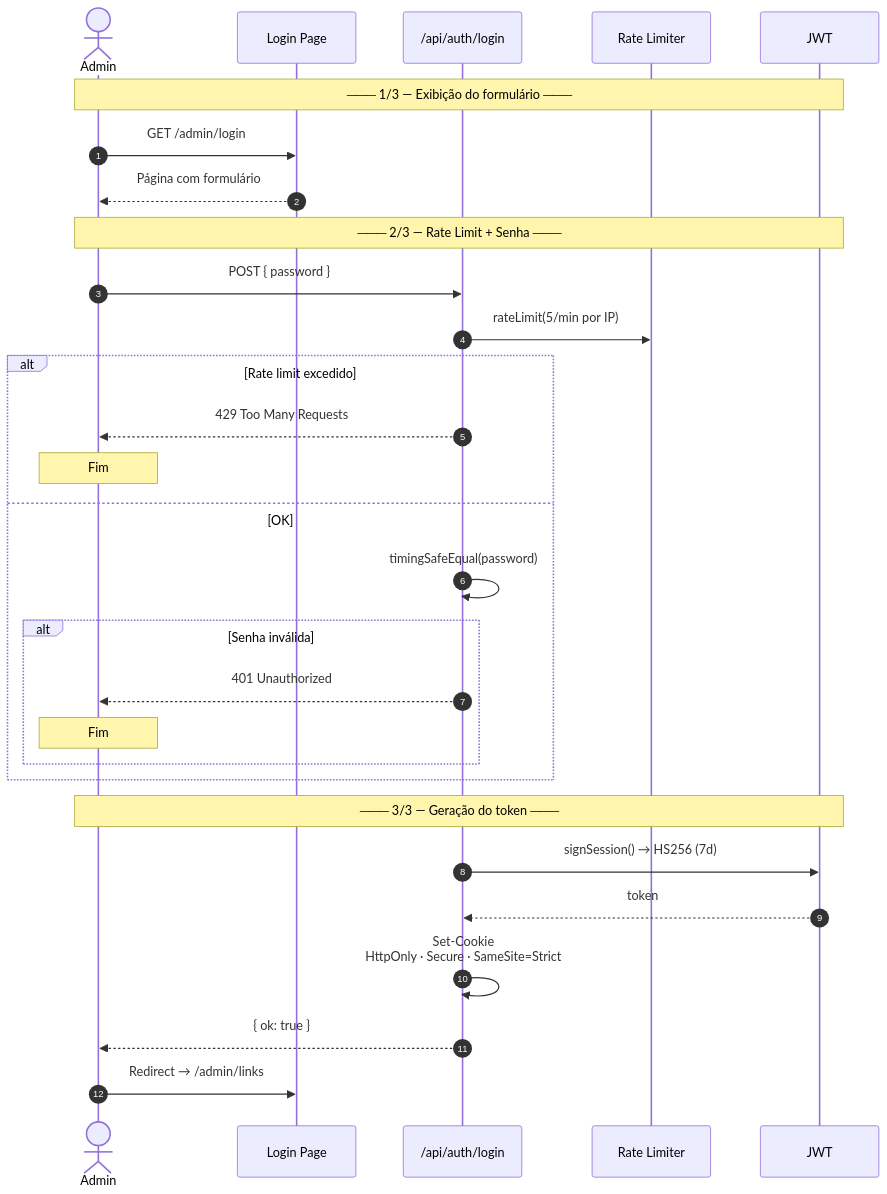
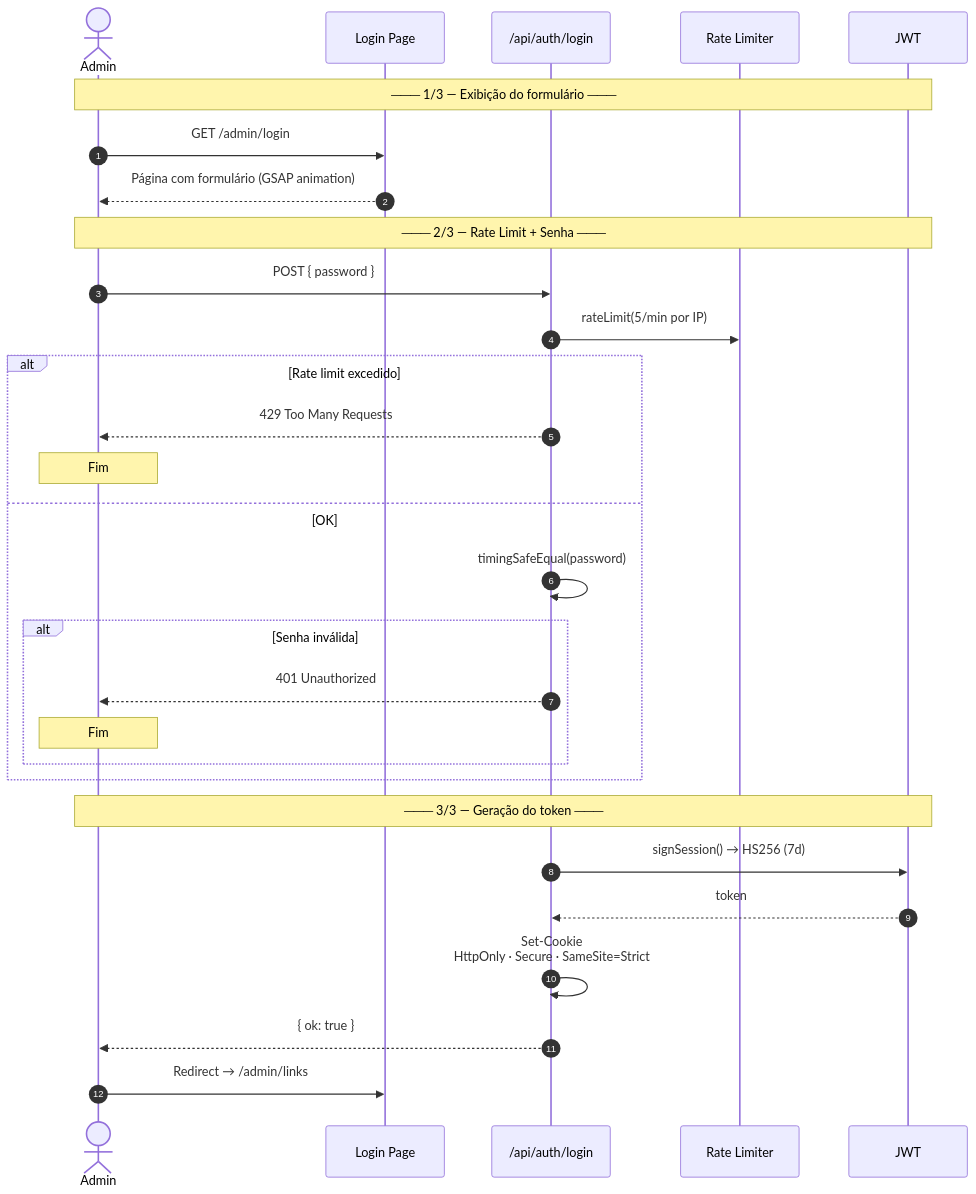
Before and after one commit to eduardoaugustolb/encurtador-url: the second of 5 diagrams in docs/fluxo-de-dados.md, drawn with Mermaid. The commit also changed other lines of this file and 13 other files, not shown here.

````diff
--- a/docs/fluxo-de-dados.md
+++ b/docs/fluxo-de-dados.md
@@ -54,35 +56,35 @@
 ```mermaid
 %%{init: {'sequence': {'actorMargin': 60, 'boxMargin': 20}}}%%
 sequenceDiagram
     autonumber
     actor A as Admin
     participant P as Login Page
     participant API as /api/auth/login
     participant RL as Rate Limiter
     participant J as JWT
 
     Note over A,J: ─── 1/3 — Exibição do formulário ───
     A->>P: GET /admin/login
-    P-->>A: Página com formulário
+    P-->>A: Página com formulário (GSAP animation)
 
     Note over A,J: ─── 2/3 — Rate Limit + Senha ───
     A->>API: POST { password }
     API->>RL: rateLimit(5/min por IP)
     alt Rate limit excedido
         API-->>A: 429 Too Many Requests
         Note over A: Fim
     else OK
         API->>API: timingSafeEqual(password)
         alt Senha inválida
             API-->>A: 401 Unauthorized
             Note over A: Fim
         end
     end
 
     Note over A,J: ─── 3/3 — Geração do token ───
     API->>J: signSession() → HS256 (7d)
     J-->>API: token
     API->>API: Set-Cookie<br/>HttpOnly · Secure · SameSite=Strict
     API-->>A: { ok: true }
     A->>P: Redirect → /admin/links
 ```
````
